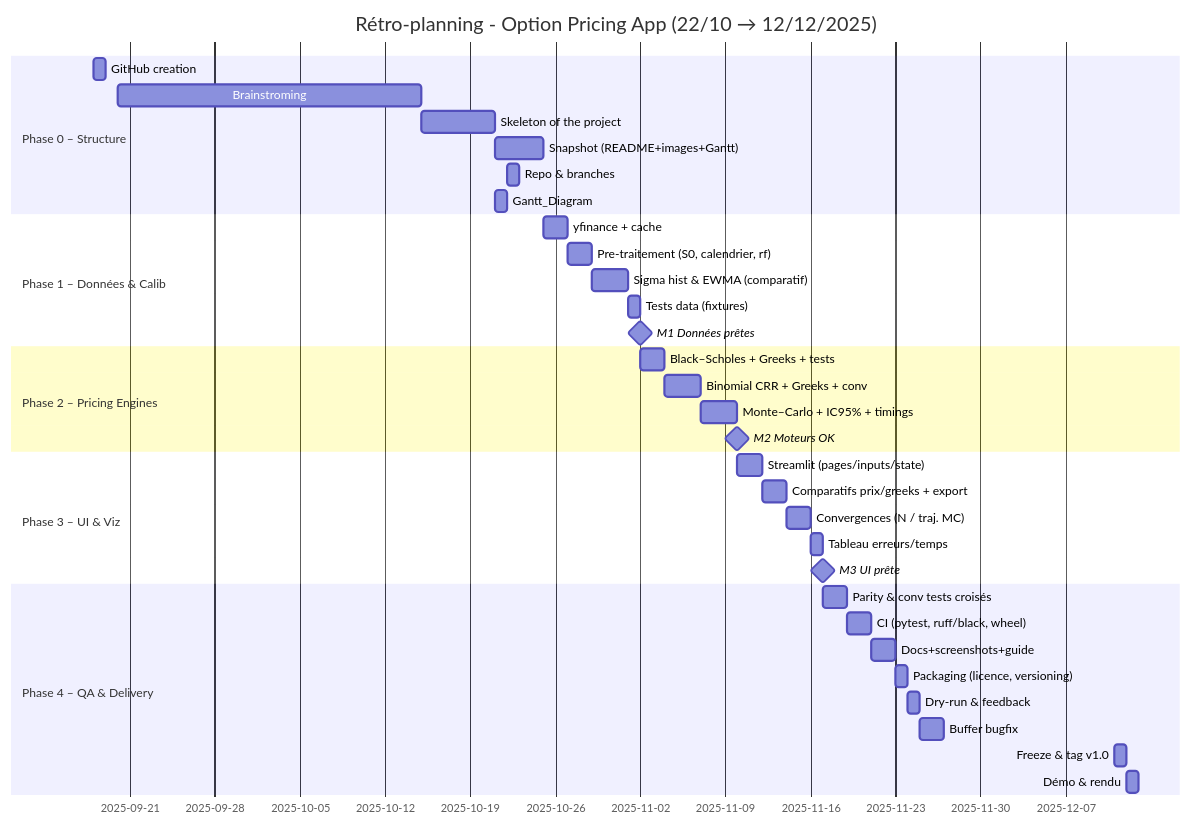
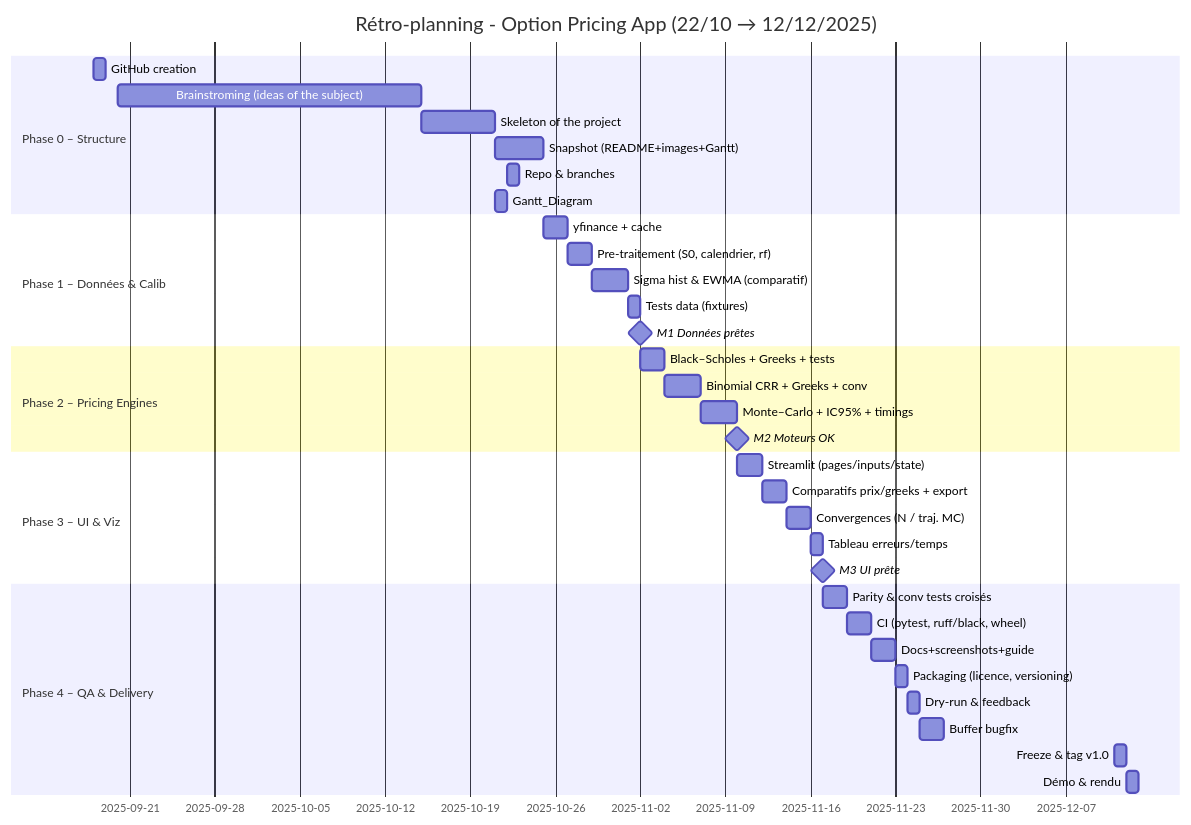
One commit to Karam-Benameur/stream_options changed the diagram in roadmap/Gantt_Diagram.md. Above: the diagram before and after it, drawn with Mermaid.

````diff
--- a/roadmap/Gantt_Diagram.md
+++ b/roadmap/Gantt_Diagram.md
@@ -1,45 +1,45 @@
 ```mermaid
 gantt
     title Rétro-planning - Option Pricing App (22/10 → 12/12/2025)
     dateFormat  YYYY-MM-DD
 
     section Phase 0 – Structure 
     GitHub creation                     :s1, 2025-09-18, 1d
-    Brainstroming                       :s2, 2025-09-20, 25d
+    Brainstroming (ideas of the subject):s2, 2025-09-20, 25d
     Skeleton of the project             :s3, 2025-10-15, 6d
     Snapshot (README+images+Gantt)      :s4, 2025-10-21, 4d
     Repo & branches                     :s5, 2025-10-22, 1d
     Gantt_Diagram                       :s6, 2025-10-21, 1d
 
     section Phase 1 – Données & Calib
     yfinance + cache                     :d1, after s4, 2d
     Pre-traitement (S0, calendrier, rf)  :d2, after d1, 2d
     Sigma hist & EWMA (comparatif)       :d3, after d2, 3d
     Tests data (fixtures)                :d4, after d3, 1d
     M1 Données prêtes                    :milestone, m1, after d4, 0d
 
     section Phase 2 – Pricing Engines
     Black–Scholes + Greeks + tests       :p1, after m1, 2d
     Binomial CRR + Greeks + conv         :p2, after p1, 3d
     Monte–Carlo + IC95% + timings        :p3, after p2, 3d
     M2 Moteurs OK                        :milestone, m2, after p3, 0d
 
     section Phase 3 – UI & Viz
     Streamlit (pages/inputs/state)       :u1, after m2, 2d
     Comparatifs prix/greeks + export     :u2, after u1, 2d
     Convergences (N / traj. MC)          :u3, after u2, 2d
     Tableau erreurs/temps                :u4, after u3, 1d
     M3 UI prête                          :milestone, m3, after u4, 0d
 
     section Phase 4 – QA & Delivery
     Parity & conv tests croisés          :q1, after m3, 2d
     CI (pytest, ruff/black, wheel)       :q2, after q1, 2d
     Docs+screenshots+guide               :q3, after q2, 2d
     Packaging (licence, versioning)      :q4, after q3, 1d
     Dry-run & feedback                   :q5, after q4, 1d
     Buffer bugfix                        :q6, after q5, 2d
     Freeze & tag v1.0                    :rel, 2025-12-11, 1d
     Démo & rendu                         :fin, 2025-12-12, 1d
 
 
 ```
````
